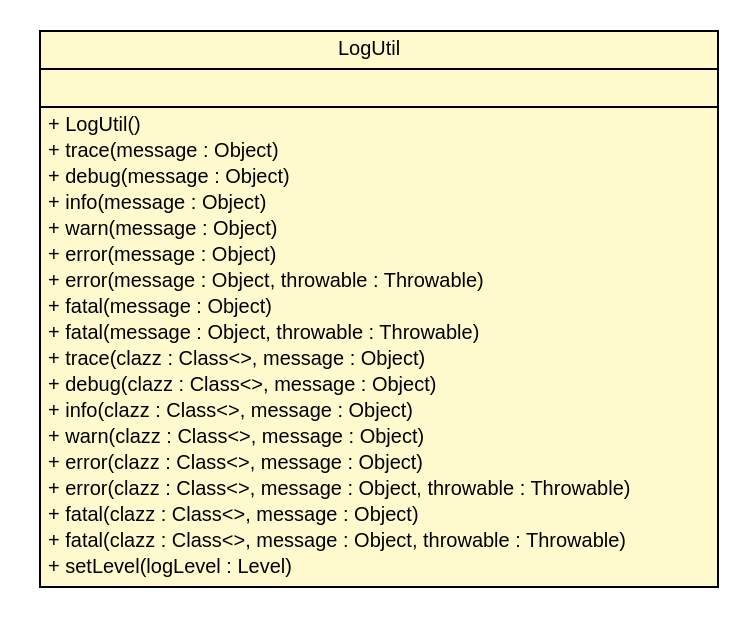
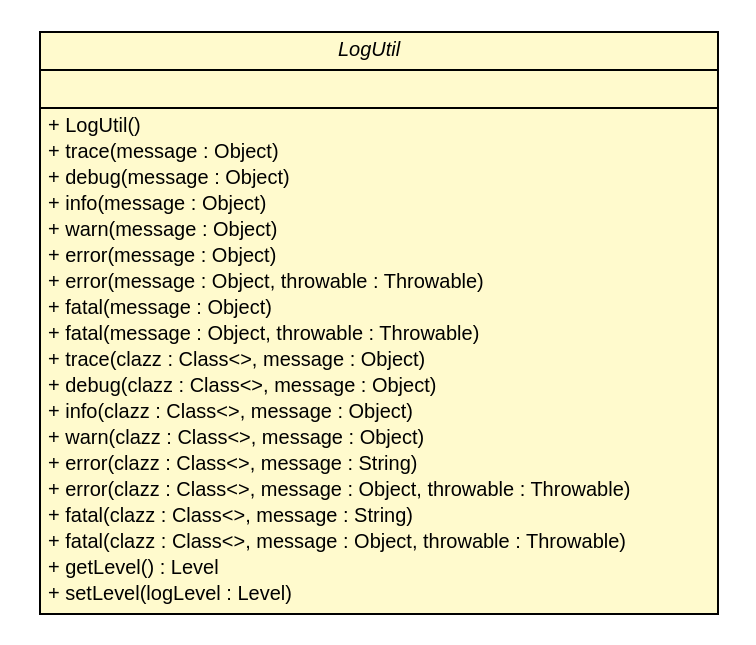
Before and after one commit to pcross616/lf-osc-proxy: the diagram in apidocs/com/xley/lfosc/util/LogUtil.dot, drawn with Graphviz. The commit also changed 292 other files, not shown here.

```diff
--- a/apidocs/com/xley/lfosc/util/LogUtil.dot
+++ b/apidocs/com/xley/lfosc/util/LogUtil.dot
@@ -1,41 +1,42 @@
 #!/usr/local/bin/dot
 #
 # Class diagram 
 # Generated by UMLGraph version R5_6 (http://www.umlgraph.org/)
 #
 
 digraph G {
 	edge [fontname="Helvetica",fontsize=10,labelfontname="Helvetica",labelfontsize=10];
 	node [fontname="Helvetica",fontsize=10,shape=plaintext];
 	nodesep=0.25;
 	ranksep=0.5;
 	// com.xley.lfosc.util.LogUtil
-	c46 [label=<<table title="com.xley.lfosc.util.LogUtil" border="0" cellborder="1" cellspacing="0" cellpadding="2" port="p" bgcolor="lemonChiffon" href="./LogUtil.html">
+	c377 [label=<<table title="com.xley.lfosc.util.LogUtil" border="0" cellborder="1" cellspacing="0" cellpadding="2" port="p" bgcolor="lemonChiffon" href="./LogUtil.html">
 		<tr><td><table border="0" cellspacing="0" cellpadding="1">
-<tr><td align="center" balign="center"> LogUtil </td></tr>
+<tr><td align="center" balign="center"><font face="Helvetica-Oblique"> LogUtil </font></td></tr>
 		</table></td></tr>
 		<tr><td><table border="0" cellspacing="0" cellpadding="1">
 <tr><td align="left" balign="left">  </td></tr>
 		</table></td></tr>
 		<tr><td><table border="0" cellspacing="0" cellpadding="1">
 <tr><td align="left" balign="left"> + LogUtil() </td></tr>
 <tr><td align="left" balign="left"> + trace(message : Object) </td></tr>
 <tr><td align="left" balign="left"> + debug(message : Object) </td></tr>
 <tr><td align="left" balign="left"> + info(message : Object) </td></tr>
 <tr><td align="left" balign="left"> + warn(message : Object) </td></tr>
 <tr><td align="left" balign="left"> + error(message : Object) </td></tr>
 <tr><td align="left" balign="left"> + error(message : Object, throwable : Throwable) </td></tr>
 <tr><td align="left" balign="left"> + fatal(message : Object) </td></tr>
 <tr><td align="left" balign="left"> + fatal(message : Object, throwable : Throwable) </td></tr>
 <tr><td align="left" balign="left"> + trace(clazz : Class&lt;&gt;, message : Object) </td></tr>
 <tr><td align="left" balign="left"> + debug(clazz : Class&lt;&gt;, message : Object) </td></tr>
 <tr><td align="left" balign="left"> + info(clazz : Class&lt;&gt;, message : Object) </td></tr>
 <tr><td align="left" balign="left"> + warn(clazz : Class&lt;&gt;, message : Object) </td></tr>
-<tr><td align="left" balign="left"> + error(clazz : Class&lt;&gt;, message : Object) </td></tr>
+<tr><td align="left" balign="left"> + error(clazz : Class&lt;&gt;, message : String) </td></tr>
 <tr><td align="left" balign="left"> + error(clazz : Class&lt;&gt;, message : Object, throwable : Throwable) </td></tr>
-<tr><td align="left" balign="left"> + fatal(clazz : Class&lt;&gt;, message : Object) </td></tr>
+<tr><td align="left" balign="left"> + fatal(clazz : Class&lt;&gt;, message : String) </td></tr>
 <tr><td align="left" balign="left"> + fatal(clazz : Class&lt;&gt;, message : Object, throwable : Throwable) </td></tr>
+<tr><td align="left" balign="left"> + getLevel() : Level </td></tr>
 <tr><td align="left" balign="left"> + setLevel(logLevel : Level) </td></tr>
 		</table></td></tr>
 		</table>>, URL="./LogUtil.html", fontname="Helvetica", fontcolor="black", fontsize=10.0];
 }
```
